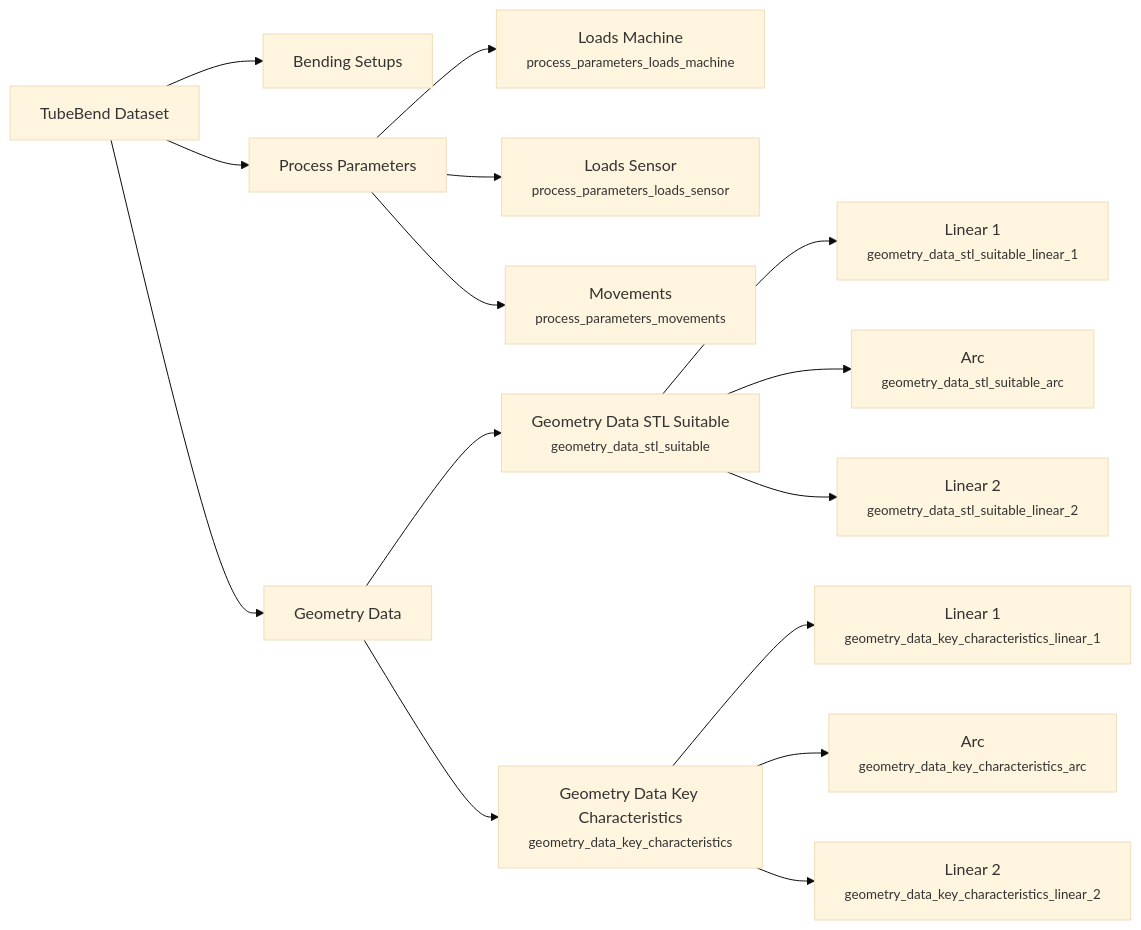
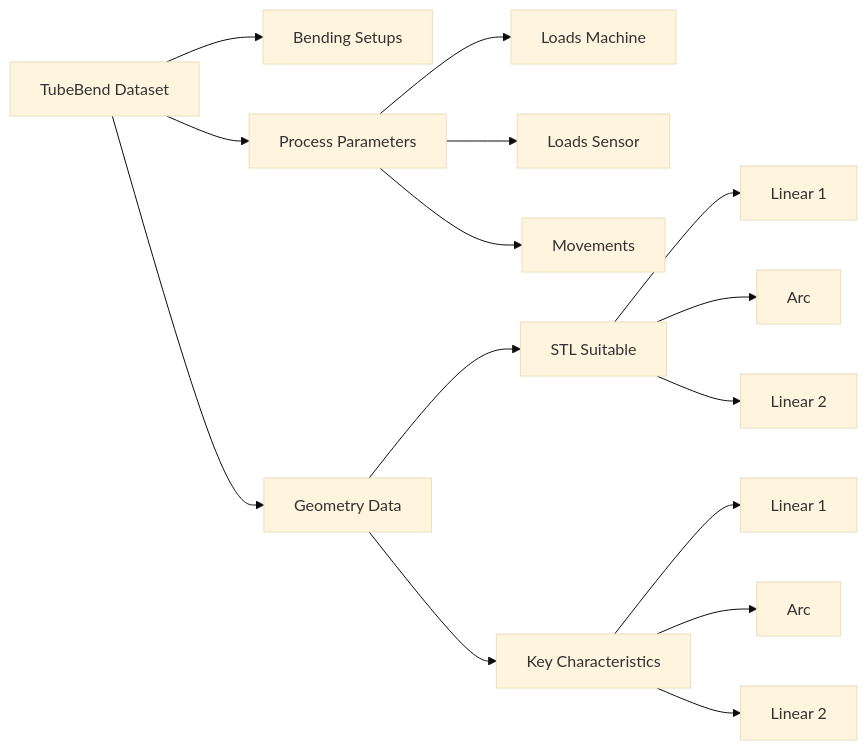
One commit to zeyneddinoz/tubebend changed the diagram in README.md. Above: the diagram before and after it, drawn with Mermaid (base theme).

````diff
--- a/README.md
+++ b/README.md
@@ -58,21 +58,21 @@
 ```mermaid
 graph LR
     TB[TubeBend Dataset] --> BS[Bending Setups]
     TB --> PP[Process Parameters]
     TB --> GD[Geometry Data]
     
-    PP --> PPLM[Loads Machine<br/><small>process_parameters_loads_machine</small>]
-    PP --> PPLS[Loads Sensor<br/><small>process_parameters_loads_sensor</small>]
-    PP --> PPM[Movements<br/><small>process_parameters_movements</small>]
+    PP --> PPLM[Loads Machine]
+    PP --> PPLS[Loads Sensor]
+    PP --> PPM[Movements]
     
-    GD --> GDSL[Geometry Data STL Suitable<br/><small>geometry_data_stl_suitable</small>]
-    GD --> GDKC[Geometry Data Key Characteristics<br/><small>geometry_data_key_characteristics</small>]
+    GD --> GDSL[STL Suitable]
+    GD --> GDKC[Key Characteristics]
     
-    GDSL --> GDSL1[Linear 1<br/><small>geometry_data_stl_suitable_linear_1</small>]
-    GDSL --> GDSLA[Arc<br/><small>geometry_data_stl_suitable_arc</small>]
-    GDSL --> GDSL2[Linear 2<br/><small>geometry_data_stl_suitable_linear_2</small>]
+    GDSL --> GDSL1[Linear 1]
+    GDSL --> GDSLA[Arc]
+    GDSL --> GDSL2[Linear 2]
     
-    GDKC --> GDKCL1[Linear 1<br/><small>geometry_data_key_characteristics_linear_1</small>]
-    GDKC --> GDKCA[Arc<br/><small>geometry_data_key_characteristics_arc</small>]
-    GDKC --> GDKCL2[Linear 2<br/><small>geometry_data_key_characteristics_linear_2</small>]
+    GDKC --> GDKCL1[Linear 1]
+    GDKC --> GDKCA[Arc]
+    GDKC --> GDKCL2[Linear 2]
 ```
````
